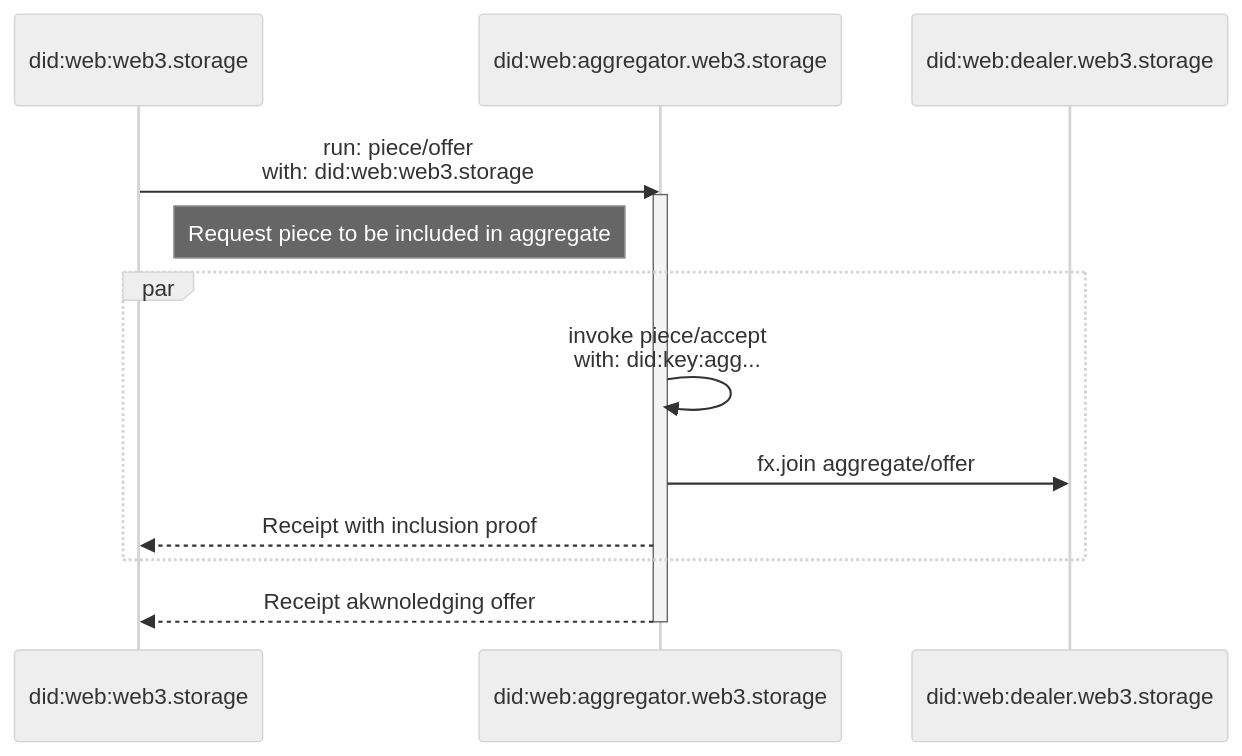
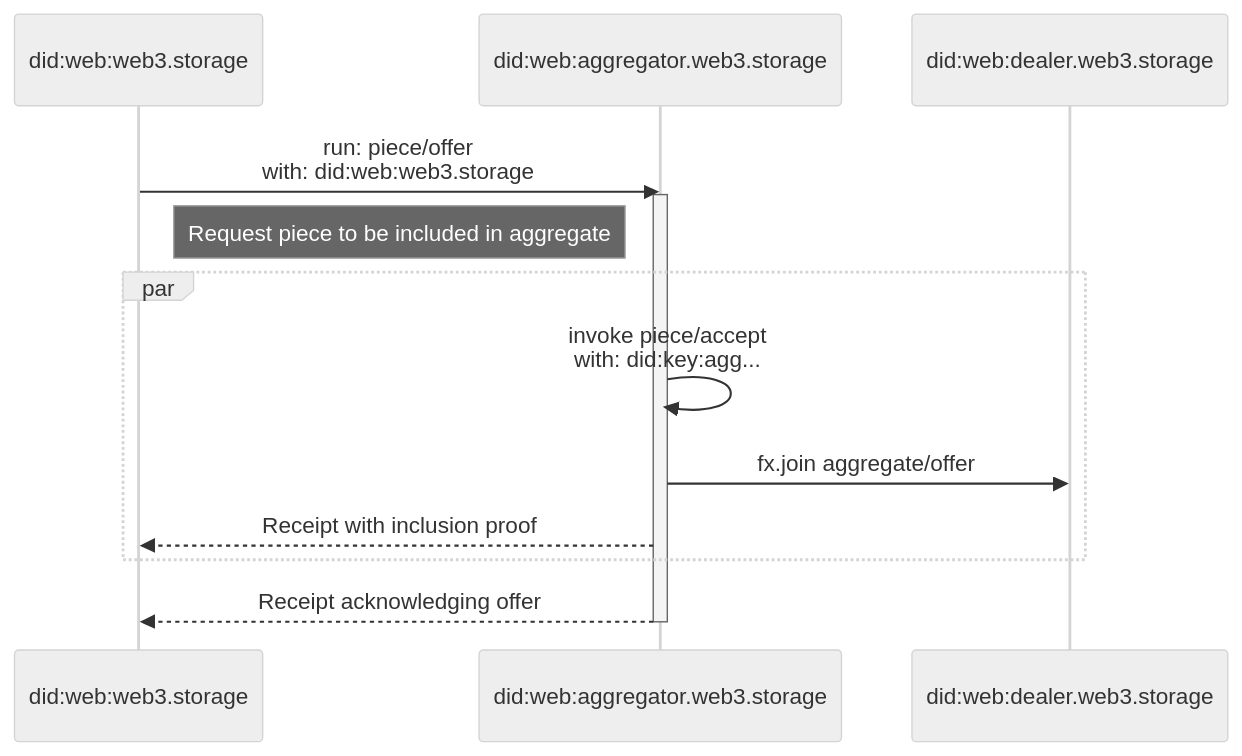
Before and after one commit to storacha/specs: the second of 4 diagrams in w3-filecoin.md, drawn with Mermaid (neutral theme). The commit also changed other lines of this file, not shown here.

````diff
--- a/w3-filecoin.md
+++ b/w3-filecoin.md
@@ -165,17 +165,17 @@
 ```mermaid
 sequenceDiagram
     participant Storefront as <br/>did:web:web3.storage<br/>
     participant Aggregator as <br/>did:web:aggregator.web3.storage<br/>
     participant Dealer as <br/>did:web:dealer.web3.storage<br/>
 
     Storefront->>Aggregator: run: piece/offer<br>with: did:web:web3.storage
     activate Aggregator
     Note left of Aggregator: Request piece to be included in aggregate
     par
     Aggregator->>Aggregator: invoke piece/accept <br/>with: did:key:agg...
     Aggregator->>Dealer: fx.join aggregate/offer
     Aggregator-->>Storefront: Receipt with inclusion proof
     end
-    Aggregator-->>Storefront: Receipt akwnoledging offer
+    Aggregator-->>Storefront: Receipt acknowledging offer
     deactivate Aggregator
 ```
````
